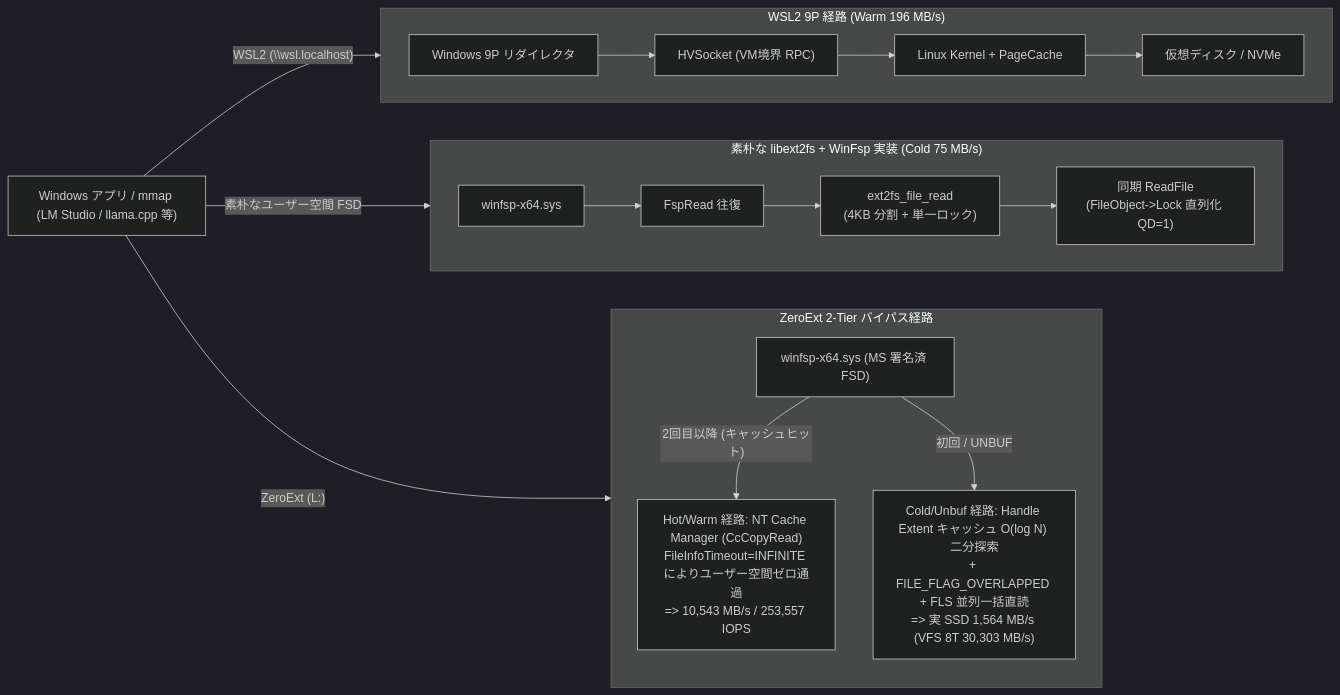
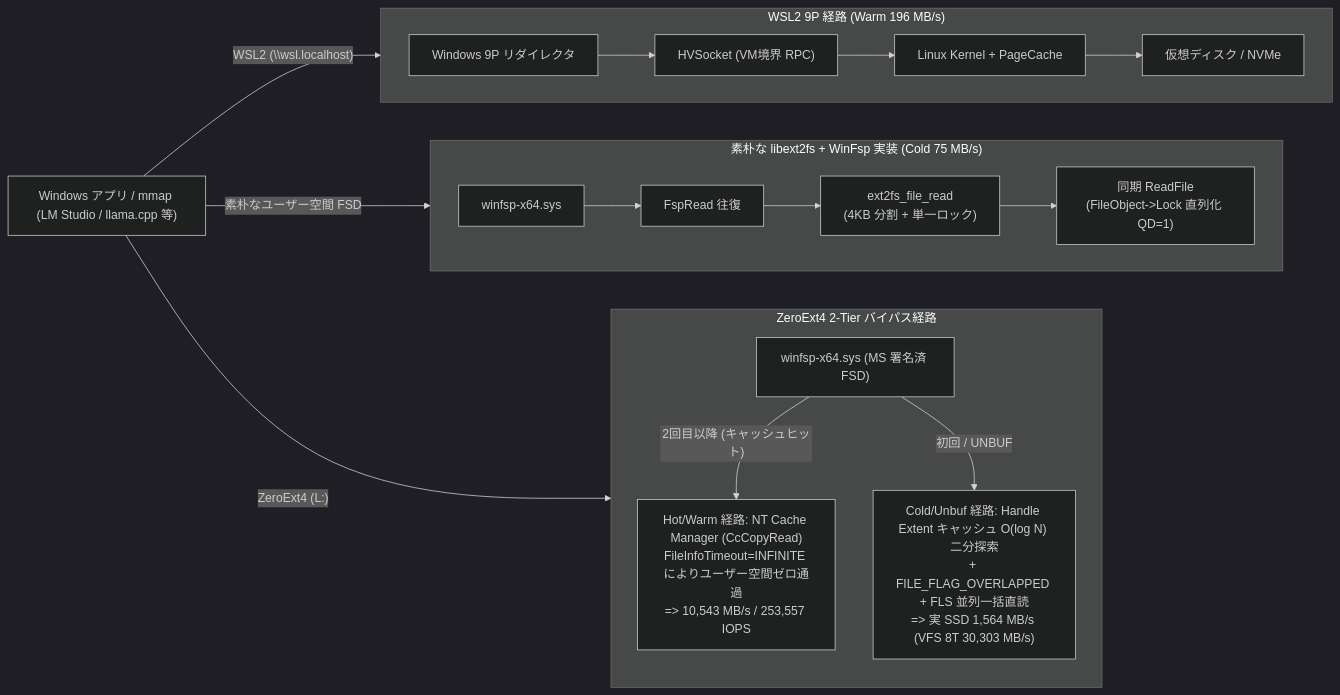
One commit to totatake/ZeroExt changed the first of 2 diagrams in docs/overview.md. Above: the diagram before and after it, drawn with Mermaid (dark theme). The commit also changed other lines of this file and 136 other files, not shown here.

Commit message:
refactor!: rename project, targets, symbols, and GUI to ZeroExt4

````diff
--- a/docs/overview.md
+++ b/docs/overview.md
@@ -32,27 +32,27 @@
 ```mermaid
 flowchart LR
     App["Windows アプリ / mmap (LM Studio / llama.cpp 等)"]
 
     subgraph WSL["WSL2 9P 経路 (Warm 196 MB/s)"]
         direction LR
         W1["Windows 9P リダイレクタ"] --> W2["HVSocket (VM境界 RPC)"] --> W3["Linux Kernel + PageCache"] --> W4["仮想ディスク / NVMe"]
     end
 
     subgraph Naive["素朴な libext2fs + WinFsp 実装 (Cold 75 MB/s)"]
         direction LR
         N1["winfsp-x64.sys"] --> N2["FspRead 往復"] --> N3["ext2fs_file_read\n(4KB 分割 + 単一ロック)"] --> N4["同期 ReadFile\n(FileObject->Lock 直列化 QD=1)"]
     end
 
-    subgraph ZeroExtPath["ZeroExt 2-Tier バイパス経路"]
+    subgraph ZeroExt4Path["ZeroExt4 2-Tier バイパス経路"]
         direction TB
         ZSys["winfsp-x64.sys (MS 署名済 FSD)"]
         ZHot["Hot/Warm 経路: NT Cache Manager (CcCopyRead)\nFileInfoTimeout=INFINITE によりユーザー空間ゼロ通過\n=> 10,543 MB/s / 253,557 IOPS"]
         ZCold["Cold/Unbuf 経路: Handle Extent キャッシュ O(log N) 二分探索\n+ FILE_FLAG_OVERLAPPED + FLS 並列一括直読\n=> 実 SSD 1,564 MB/s (VFS 8T 30,303 MB/s)"]
         ZSys -->|"2回目以降 (キャッシュヒット)"| ZHot
         ZSys -->|"初回 / UNBUF"| ZCold
     end
 
     App -->|"WSL2 (\\wsl.localhost)"| WSL
     App -->|"素朴なユーザー空間 FSD"| Naive
-    App -->|"ZeroExt (L:)"| ZeroExtPath
+    App -->|"ZeroExt4 (L:)"| ZeroExt4Path
 ```
````
